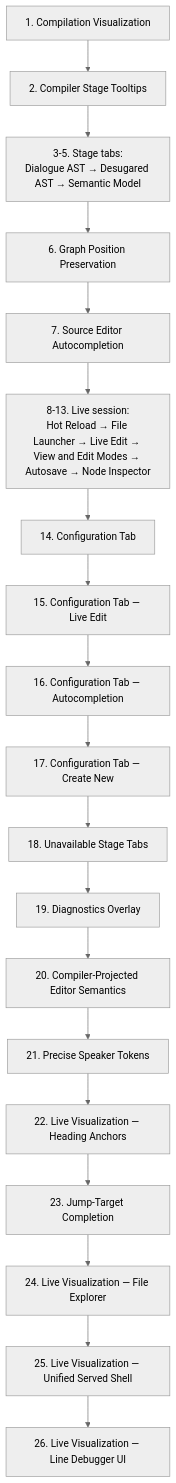
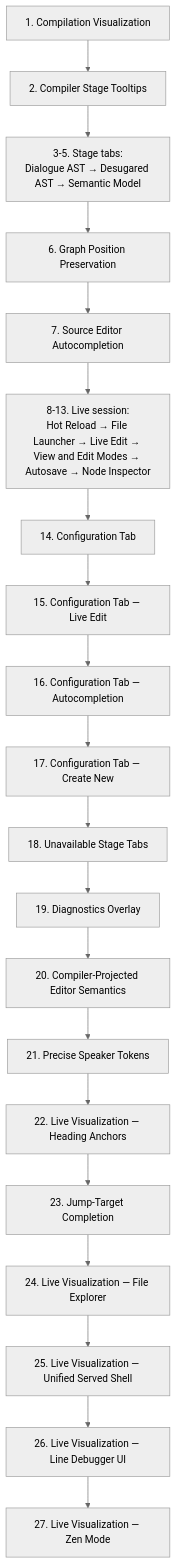
The third of 4 diagrams in docs/contributing/design-notes/README.md (pengzhengyi/dialoguedown), drawn with Mermaid (neutral theme) before and after one commit. The commit also changed other lines of this file and 16 other files, not shown here.

First line of the commit message:
feat(visualization): add a Zen focus mode to the live report (#222)

````diff
--- a/docs/contributing/design-notes/README.md
+++ b/docs/contributing/design-notes/README.md
@@ -140,21 +140,22 @@
 ```mermaid
 flowchart TB
     CV["1. Compilation Visualization"] --> TT["2. Compiler Stage Tooltips"]
     TT --> TABS["3-5. Stage tabs:<br/>Dialogue AST → Desugared AST → Semantic Model"]
     TABS --> GX["6. Graph Position Preservation"]
     GX --> AC["7. Source Editor Autocompletion"]
     AC --> LIVE["8-13. Live session:<br/>Hot Reload → File Launcher → Live Edit → View and Edit Modes → Autosave → Node Inspector"]
     LIVE --> CFG["14. Configuration Tab"]
     CFG --> CFGLE["15. Configuration Tab — Live Edit"]
     CFGLE --> CFGAC["16. Configuration Tab — Autocompletion"]
     CFGAC --> CFGCN["17. Configuration Tab — Create New"]
     CFGCN --> UST["18. Unavailable Stage Tabs"]
     UST --> DGO["19. Diagnostics Overlay"]
     DGO --> CPE["20. Compiler-Projected Editor Semantics"]
     CPE --> PST["21. Precise Speaker Tokens"]
     PST --> HA["22. Live Visualization — Heading Anchors"]
     HA --> JTC["23. Jump-Target Completion"]
     JTC --> FE["24. Live Visualization — File Explorer"]
     FE --> USS["25. Live Visualization — Unified Served Shell"]
     USS --> LDU["26. Live Visualization — Line Debugger UI"]
+    LDU --> ZEN["27. Live Visualization — Zen Mode"]
 ```
````
